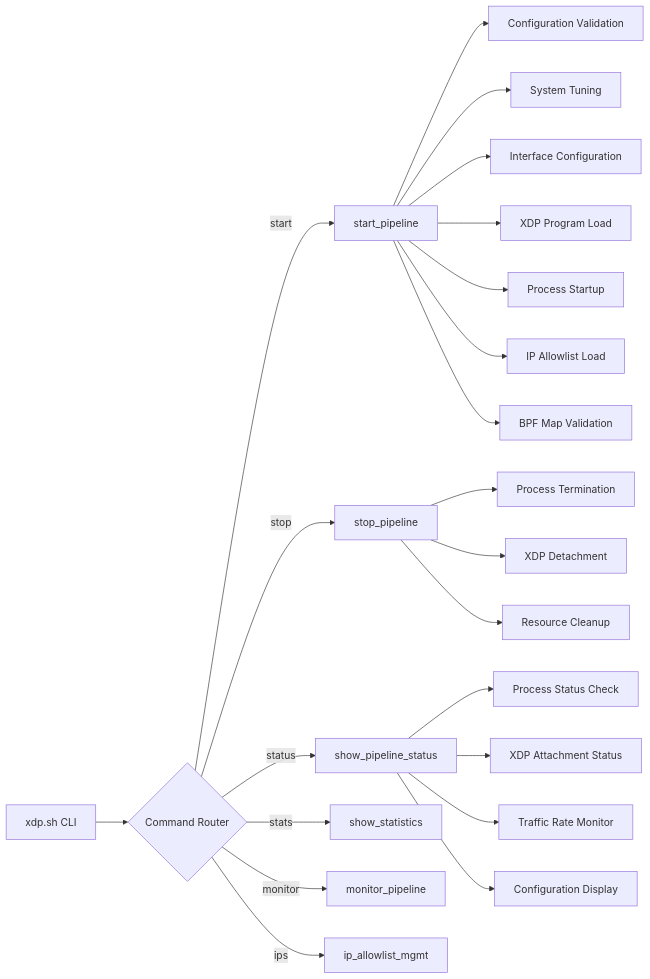
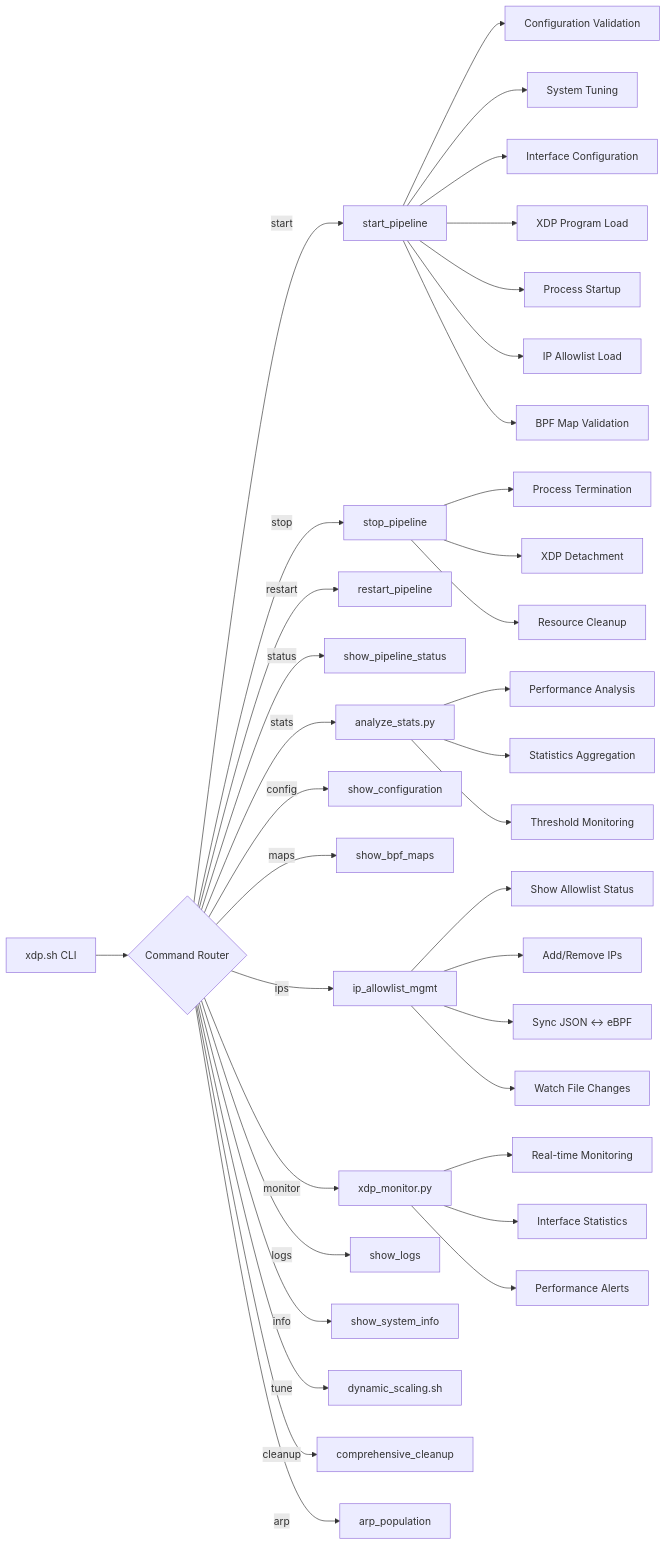
Diagram 11 of 17 in TECHNICAL_REPORT.md (anil-sn/udp_ebpf), drawn with Mermaid before and after one commit. The commit also changed other lines of this file, not shown here.

````diff
--- a/TECHNICAL_REPORT.md
+++ b/TECHNICAL_REPORT.md
@@ -1298,28 +1260,44 @@
 ```mermaid
 graph LR
     A[xdp.sh CLI] --> B{Command Router}
     
     B -->|start| C[start_pipeline]
     B -->|stop| D[stop_pipeline] 
+    B -->|restart| R[restart_pipeline]
     B -->|status| E[show_pipeline_status]
-    B -->|stats| F[show_statistics]
-    B -->|monitor| G[monitor_pipeline]
-    B -->|ips| H[ip_allowlist_mgmt]
+    B -->|stats| F[analyze_stats.py]
+    B -->|config| G[show_configuration]
+    B -->|maps| H[show_bpf_maps]
+    B -->|ips| I[ip_allowlist_mgmt]
+    B -->|monitor| J[xdp_monitor.py]
+    B -->|logs| K[show_logs]
+    B -->|info| L[show_system_info]
+    B -->|tune| M[dynamic_scaling.sh]
+    B -->|cleanup| N[comprehensive_cleanup]
+    B -->|arp| O[arp_population]
     
     C --> C1[Configuration Validation]
     C --> C2[System Tuning]
     C --> C3[Interface Configuration]
     C --> C4[XDP Program Load]
     C --> C5[Process Startup]
     C --> C6[IP Allowlist Load]
     C --> C7[BPF Map Validation]
     
     D --> D1[Process Termination]
     D --> D2[XDP Detachment]
     D --> D3[Resource Cleanup]
     
-    E --> E1[Process Status Check]
-    E --> E2[XDP Attachment Status]
-    E --> E3[Traffic Rate Monitor]
-    E --> E4[Configuration Display]
+    F --> F1[Performance Analysis]
+    F --> F2[Statistics Aggregation]
+    F --> F3[Threshold Monitoring]
+    
+    I --> I1[Show Allowlist Status]
+    I --> I2[Add/Remove IPs]
+    I --> I3[Sync JSON ↔ eBPF]
+    I --> I4[Watch File Changes]
+    
+    J --> J1[Real-time Monitoring]
+    J --> J2[Interface Statistics]
+    J --> J3[Performance Alerts]
 ```
````
